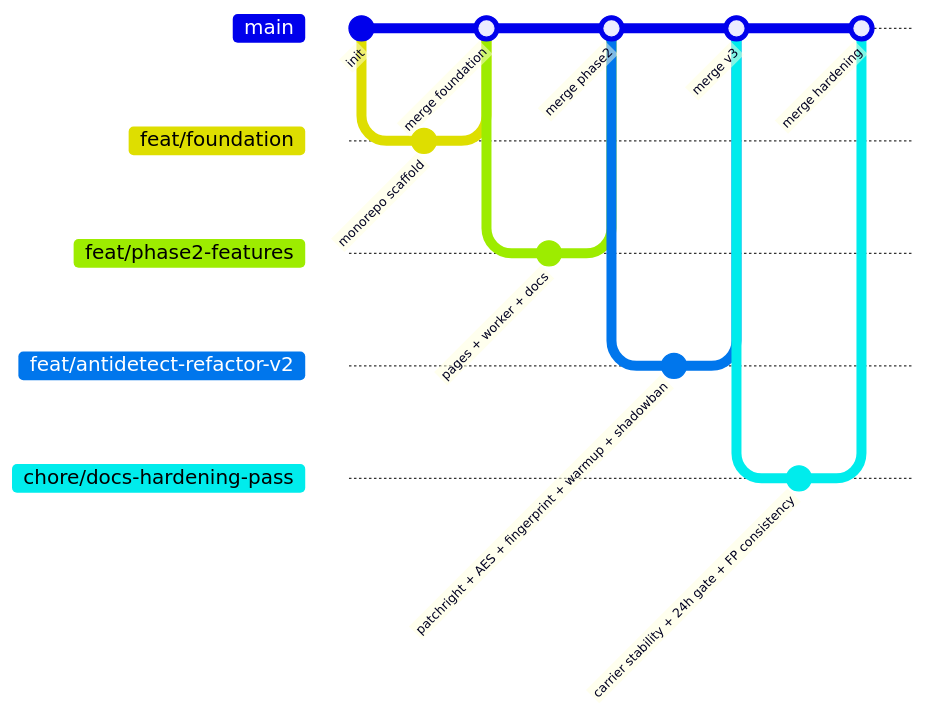
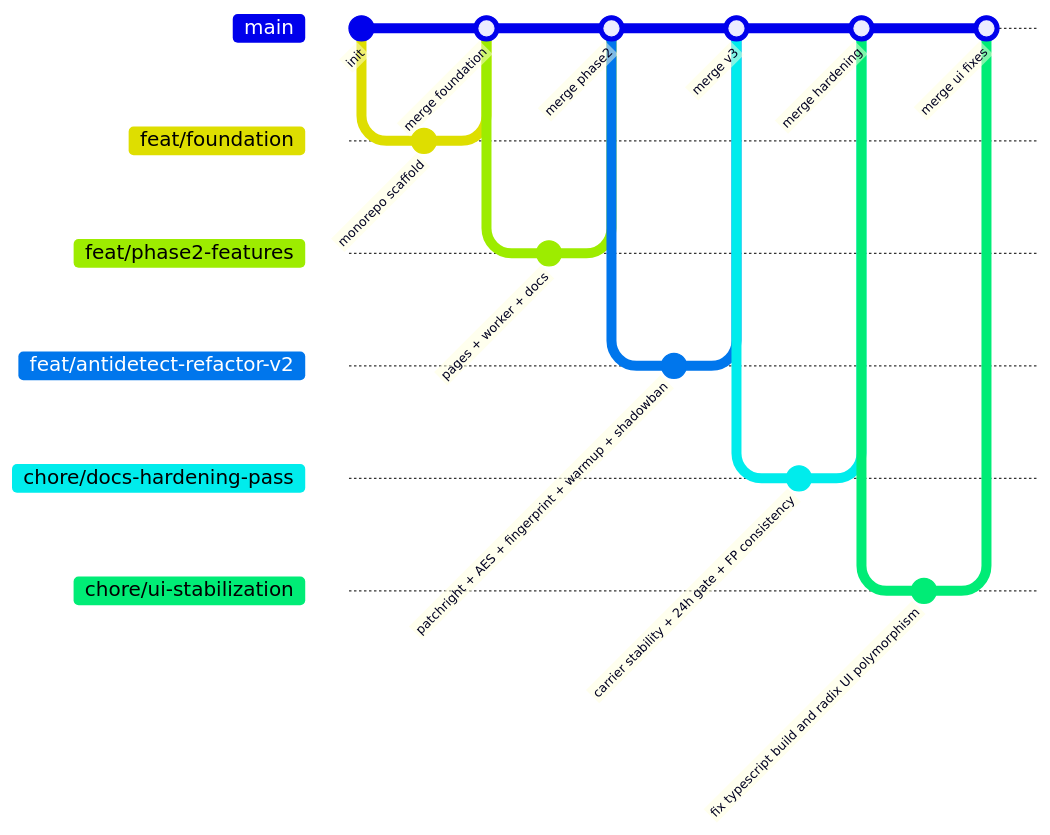
One commit to simu-lacrum/melonitymedia changed the sixth of 6 diagrams in README.md. Above: the diagram before and after it, drawn with Mermaid. The commit also changed other lines of this file and 54 other files, not shown here.

Commit message:
chore(ui): fix typescript build and radix UI polymorphism; update docs

````diff
--- a/README.md
+++ b/README.md
@@ -600,20 +600,24 @@
 ```mermaid
 gitGraph
     commit id: "init"
     branch feat/foundation
     commit id: "monorepo scaffold"
     checkout main
     merge feat/foundation id: "merge foundation"
     branch feat/phase2-features
     commit id: "pages + worker + docs"
     checkout main
     merge feat/phase2-features id: "merge phase2"
     branch feat/antidetect-refactor-v2
     commit id: "patchright + AES + fingerprint + warmup + shadowban"
     checkout main
     merge feat/antidetect-refactor-v2 id: "merge v3"
     branch chore/docs-hardening-pass
     commit id: "carrier stability + 24h gate + FP consistency"
     checkout main
     merge chore/docs-hardening-pass id: "merge hardening"
+    branch chore/ui-stabilization
+    commit id: "fix typescript build and radix UI polymorphism"
+    checkout main
+    merge chore/ui-stabilization id: "merge ui fixes"
 ```
````
